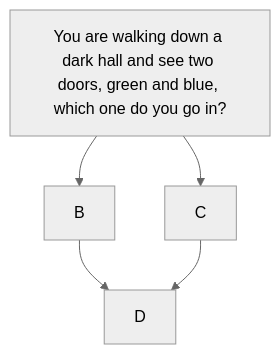
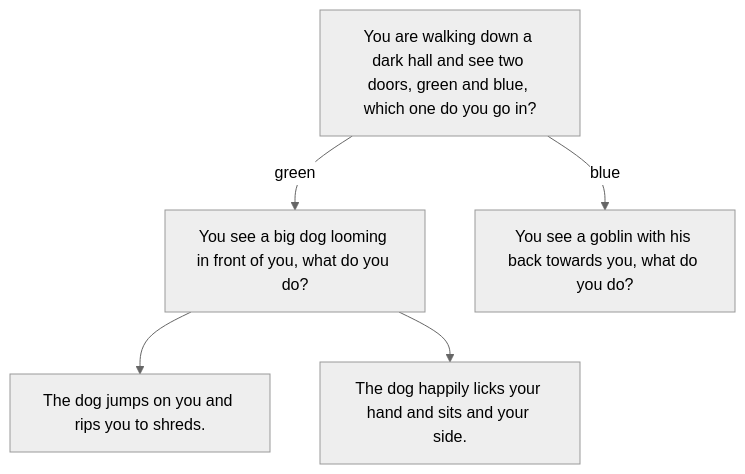
One commit to BenjaminPritchard07/BenjaminPritchard07.github.io changed the diagram in Diagram.md. Above: the diagram before and after it, drawn with Mermaid (neutral theme).

````diff
--- a/Diagram.md
+++ b/Diagram.md
@@ -3,8 +3,12 @@
 ```mermaid
 graph TD;
-    id1[You are walking down a dark hall and see two doors, green and blue, which one do you go in?]
-    id1-->B;
-    id1-->C;
-    B-->D;
-    C-->D;
+    start[You are walking down a dark hall and see two doors, green and blue, which one do you go in?]
+    dog[You see a big dog looming in front of you, what do you do?]
+    run[The dog jumps on you and rips you to shreds.]
+    pet[The dog happily licks your hand and sits and your side.]
+    goblin[You see a goblin with his back towards you, what do you do?]
+    start-->|green|dog;
+    dog-->run
+    dog-->pet
+    start-->|blue|goblin;
 ```
````
